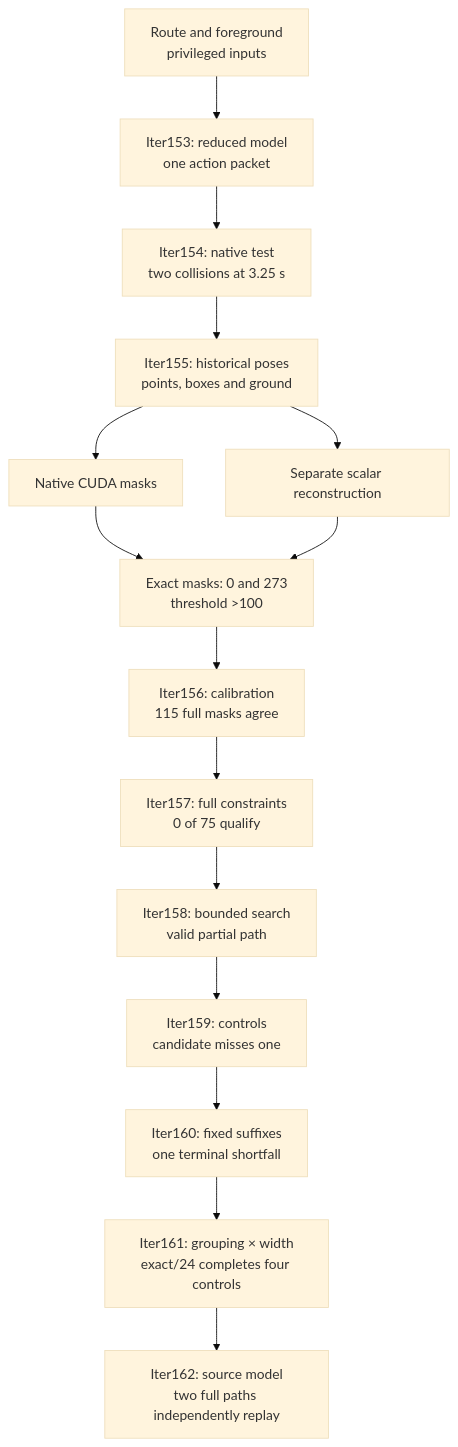
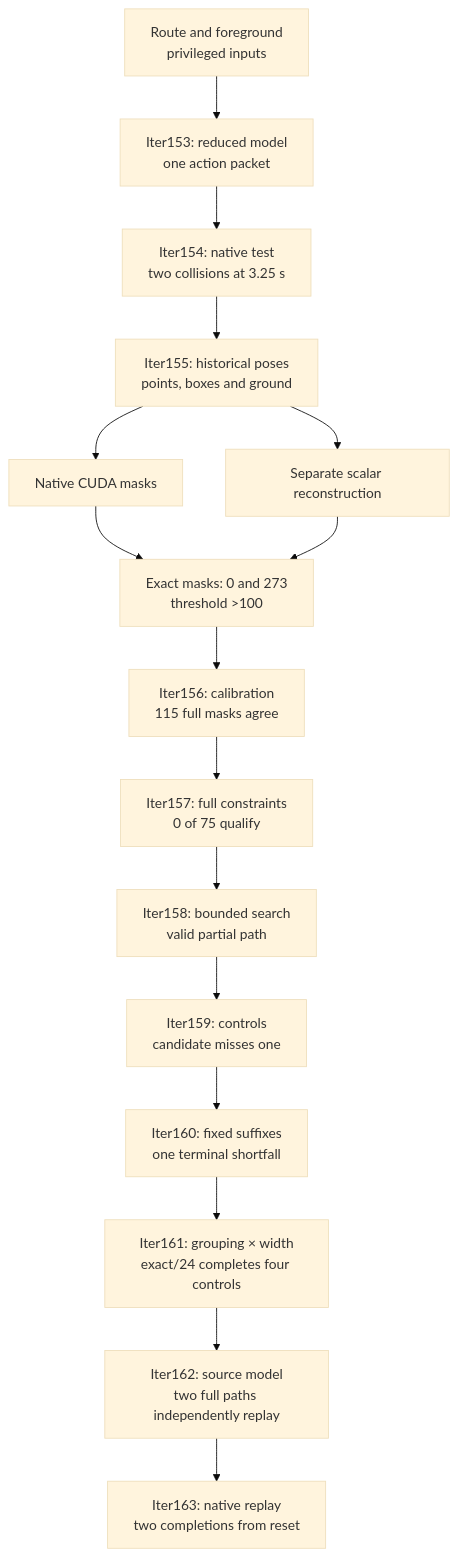
Before and after one commit to manfromnowhere143/sentinel: the fourth of 4 diagrams in docs/ARCHITECTURE.md, drawn with Mermaid (base theme). The commit also changed other lines of this file and 51 other files, not shown here.

First line of the commit message:
Close Iter163 native completion and publish bounded evidence

````diff
--- a/docs/ARCHITECTURE.md
+++ b/docs/ARCHITECTURE.md
@@ -209,19 +209,20 @@
 ```mermaid
 flowchart TB
-  accTitle: Model, native rejection, calibration and source completion
-  accDescr: Full retained constraints admit model paths; native recovery remains unknown.
+  accTitle: From native rejection to calibrated native completion
+  accDescr: Full constraints admit native completion from reset; monitor-time recovery remains unknown.
   G["Route and foreground<br/>privileged inputs"] --> M["Iter153: reduced model<br/>one action packet"]
   M --> N["Iter154: native test<br/>two collisions at 3.25 s"]
   N --> X["Iter155: historical poses<br/>points, boxes and ground"]
   X --> C["Native CUDA masks"]
   X --> S["Separate scalar reconstruction"]
   C --> E["Exact masks: 0 and 273<br/>threshold >100"]
   S --> E
   E --> F["Iter156: calibration<br/>115 full masks agree"]
   F --> L["Iter157: full constraints<br/>0 of 75 qualify"]
   L --> A["Iter158: bounded search<br/>valid partial path"]
   A --> Q["Iter159: controls<br/>candidate misses one"]
   Q --> K["Iter160: fixed suffixes<br/>one terminal shortfall"]
   K --> Z["Iter161: grouping × width<br/>exact/24 completes four controls"]
   Z --> Y["Iter162: source model<br/>two full paths independently replay"]
+  Y --> V["Iter163: native replay<br/>two completions from reset"]
 ```
````
